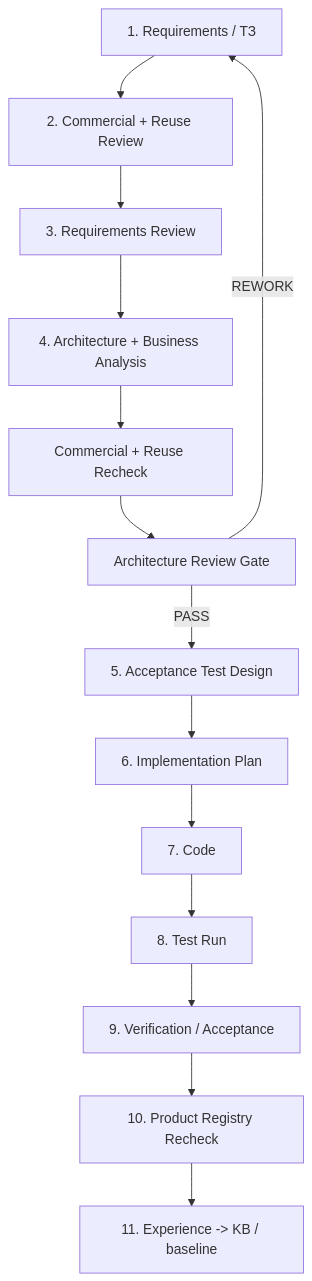
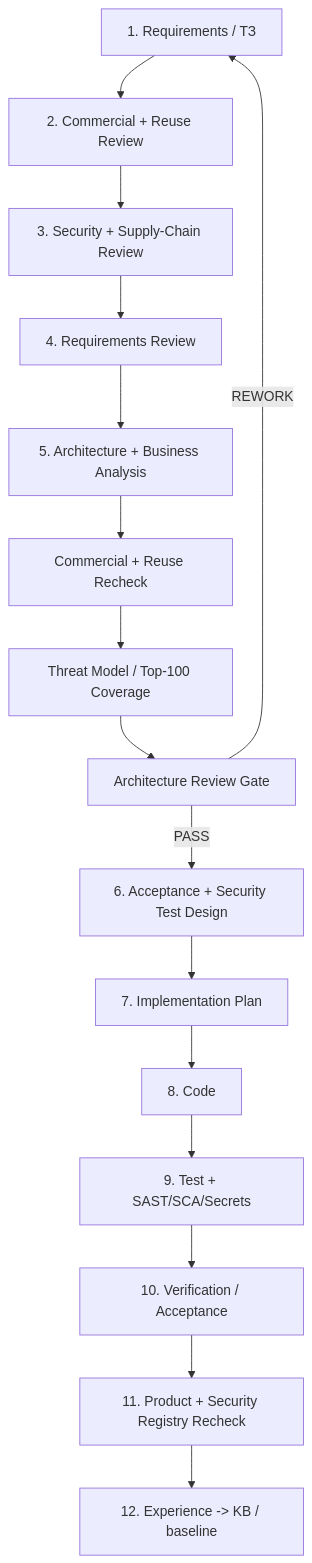
The second of 2 diagrams in README.md (VictorKVS/OSINT_deepseek), drawn with Mermaid before and after one commit. The commit also changed other lines of this file, not shown here.

Commit message:
docs: link security top-100 and operations governance from README

````diff
--- a/README.md
+++ b/README.md
@@ -29,16 +29,18 @@
 ```mermaid
 flowchart TD
     R[1. Requirements / ТЗ] --> CR[2. Commercial + Reuse Review]
-    CR --> RV[3. Requirements Review]
-    RV --> A[4. Architecture + Business Analysis]
+    CR --> SR[3. Security + Supply-Chain Review]
+    SR --> RV[4. Requirements Review]
+    RV --> A[5. Architecture + Business Analysis]
     A --> CR2[Commercial + Reuse Recheck]
-    CR2 --> AV[Architecture Review Gate]
-    AV -->|PASS| T[5. Acceptance Test Design]
+    CR2 --> TM[Threat Model / Top-100 Coverage]
+    TM --> AV[Architecture Review Gate]
+    AV -->|PASS| T[6. Acceptance + Security Test Design]
     AV -->|REWORK| R
-    T --> P[6. Implementation Plan]
-    P --> C[7. Code]
-    C --> TR[8. Test Run]
-    TR --> V[9. Verification / Acceptance]
-    V --> PR[10. Product Registry Recheck]
-    PR --> E[11. Experience -> KB / baseline]
+    T --> P[7. Implementation Plan]
+    P --> C[8. Code]
+    C --> TR[9. Test + SAST/SCA/Secrets]
+    TR --> V[10. Verification / Acceptance]
+    V --> PR[11. Product + Security Registry Recheck]
+    PR --> E[12. Experience -> KB / baseline]
 ```
````
